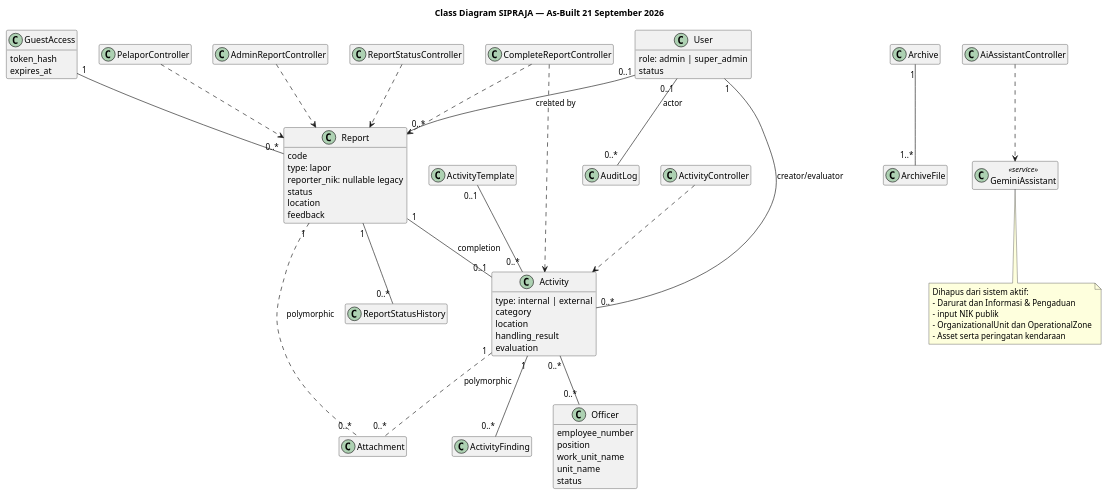
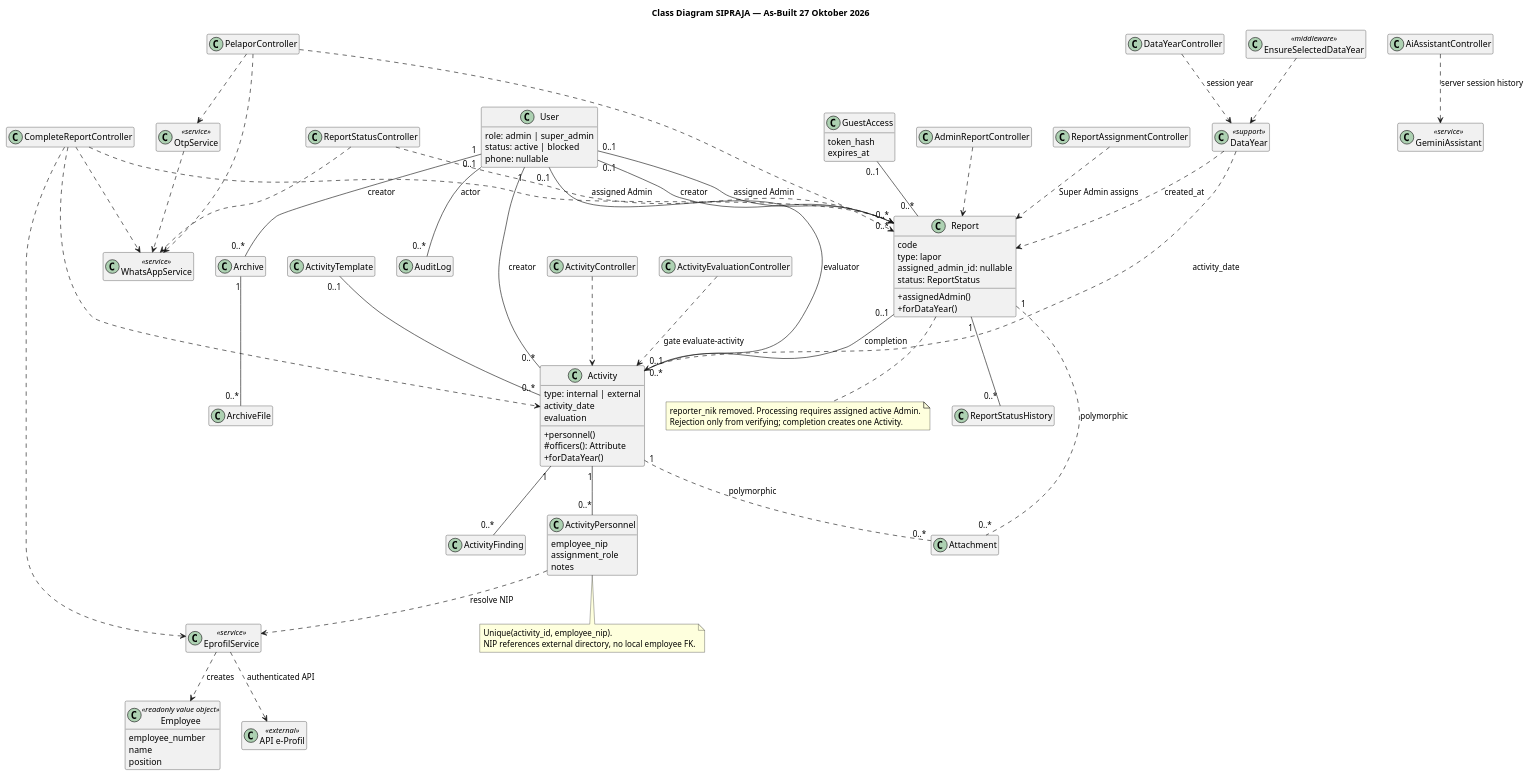
The diagram in docs/SIPRAJA-class.puml (Samuel-smr/Satpolpp), drawn with PlantUML before and after one commit. The commit also changed 17 other files, not shown here.

Commit message:
Perbarui dokumentasi dan diagram SIPRAJA sesuai sistem terkini

```diff
--- a/docs/SIPRAJA-class.puml
+++ b/docs/SIPRAJA-class.puml
@@ -1,80 +1,110 @@
 @startuml
-title Class Diagram SIPRAJA — As-Built 21 September 2026
+title Class Diagram SIPRAJA — As-Built 27 Oktober 2026
 skinparam classAttributeIconSize 0
 hide empty members
-
 class User {
   role: admin | super_admin
-  status
+  status: active | blocked
+  phone: nullable
 }
 class GuestAccess {
   token_hash
   expires_at
 }
 class Report {
   code
   type: lapor
-  reporter_nik: nullable legacy
-  status
-  location
-  feedback
+  assigned_admin_id: nullable
+  status: ReportStatus
+  + assignedAdmin()
+  + forDataYear()
 }
 class ReportStatusHistory
 class Attachment
 class ActivityTemplate
 class Activity {
   type: internal | external
-  category
-  location
-  handling_result
+  activity_date
   evaluation
+  + personnel()
+  # officers(): Attribute
+  + forDataYear()
+}
+class ActivityPersonnel {
+  employee_nip
+  assignment_role
+  notes
 }
 class ActivityFinding
-class Officer {
+class Employee <<readonly value object>> {
   employee_number
+  name
   position
-  work_unit_name
-  unit_name
-  status
 }
+class EprofilService <<service>>
+class "API e-Profil" as Eprofil <<external>>
 class Archive
 class ArchiveFile
 class AuditLog
-
+class DataYear <<support>>
+class DataYearController
+class EnsureSelectedDataYear <<middleware>>
 class PelaporController
 class AdminReportController
+class ReportAssignmentController
 class ReportStatusController
 class CompleteReportController
 class ActivityController
+class ActivityEvaluationController
 class AiAssistantController
 class GeminiAssistant <<service>>
+class OtpService <<service>>
+class WhatsAppService <<service>>
 
-GuestAccess "1" -- "0..*" Report
-User "0..1" -- "0..*" Report : created by
+GuestAccess "0..1" -- "0..*" Report
+User "0..1" -- "0..*" Report : creator
+User "0..1" -- "0..*" Report : assigned Admin
 Report "1" -- "0..*" ReportStatusHistory
-Report "1" -- "0..1" Activity : completion
+Report "0..1" -- "0..1" Activity : completion
 Report "1" .. "0..*" Attachment : polymorphic
 ActivityTemplate "0..1" -- "0..*" Activity
-User "1" -- "0..*" Activity : creator/evaluator
-Activity "0..*" -- "0..*" Officer
+User "1" -- "0..*" Activity : creator
+User "0..1" -- "0..*" Activity : evaluator
+Activity "1" -- "0..*" ActivityPersonnel
+ActivityPersonnel ..> EprofilService : resolve NIP
+EprofilService ..> Eprofil : authenticated API
+EprofilService ..> Employee : creates
 Activity "1" -- "0..*" ActivityFinding
 Activity "1" .. "0..*" Attachment : polymorphic
-Archive "1" -- "1..*" ArchiveFile
+User "1" -- "0..*" Archive : creator
+Archive "1" -- "0..*" ArchiveFile
 User "0..1" -- "0..*" AuditLog : actor
-
+DataYearController ..> DataYear : session year
+EnsureSelectedDataYear ..> DataYear
+DataYear ..> Report : created_at
+DataYear ..> Activity : activity_date
 PelaporController ..> Report
+PelaporController ..> OtpService
+PelaporController ..> WhatsAppService
+OtpService ..> WhatsAppService
 AdminReportController ..> Report
-ReportStatusController ..> Report
+ReportAssignmentController ..> Report : Super Admin assigns
+ReportStatusController ..> Report : assigned Admin
+ReportStatusController ..> WhatsAppService
 CompleteReportController ..> Report
 CompleteReportController ..> Activity
+CompleteReportController ..> EprofilService
+CompleteReportController ..> WhatsAppService
 ActivityController ..> Activity
-AiAssistantController ..> GeminiAssistant
+ActivityEvaluationController ..> Activity : gate evaluate-activity
+AiAssistantController ..> GeminiAssistant : server session history
 
-note bottom
-  Dihapus dari sistem aktif:
-  - Darurat dan Informasi & Pengaduan
-  - input NIK publik
-  - OrganizationalUnit dan OperationalZone
-  - Asset serta peringatan kendaraan
+note bottom of ActivityPersonnel
+  Unique(activity_id, employee_nip).
+  NIP references external directory, no local employee FK.
+end note
+note bottom of Report
+  reporter_nik removed. Processing requires assigned active Admin.
+  Rejection only from verifying; completion creates one Activity.
 end note
 @enduml
```
